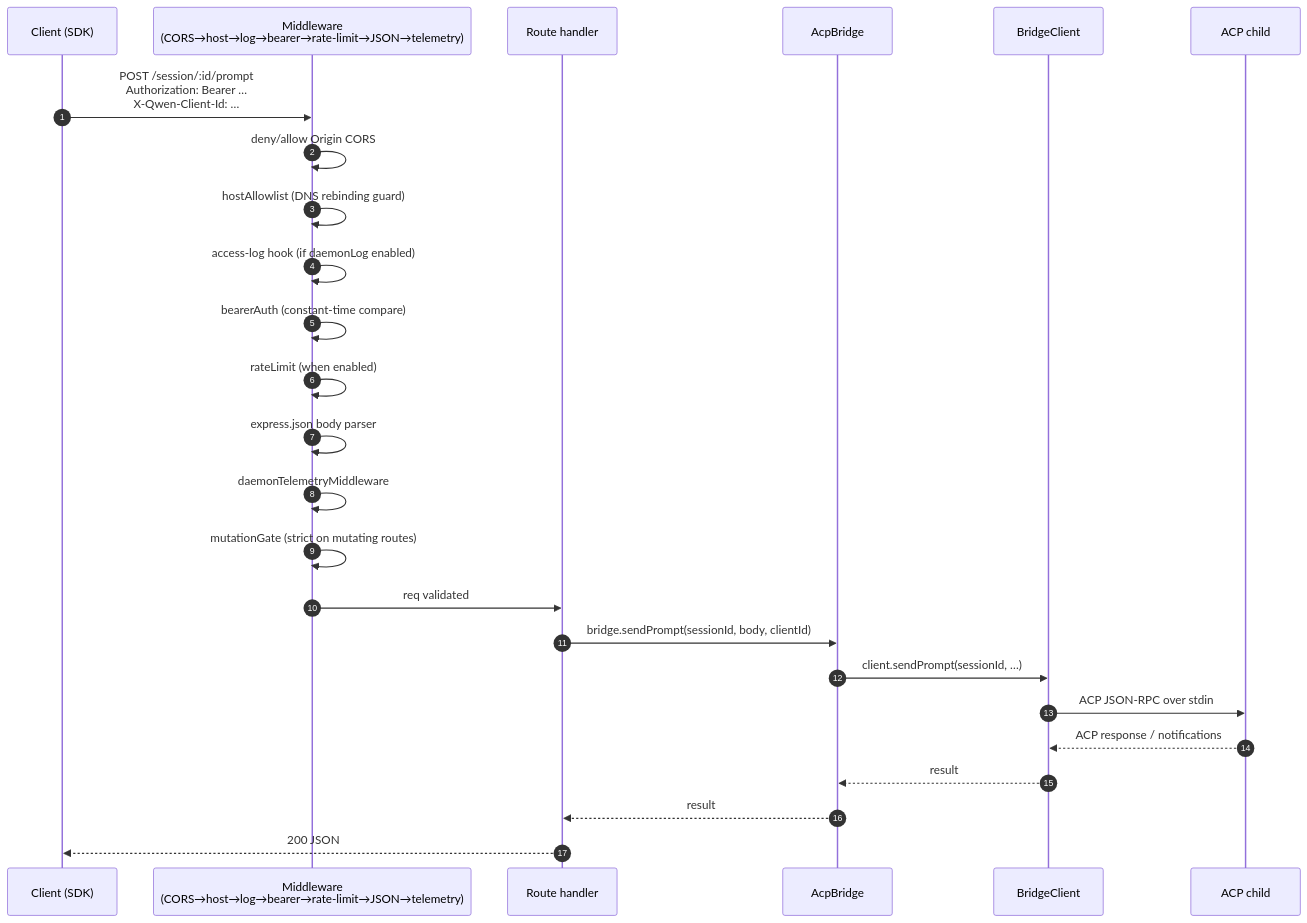
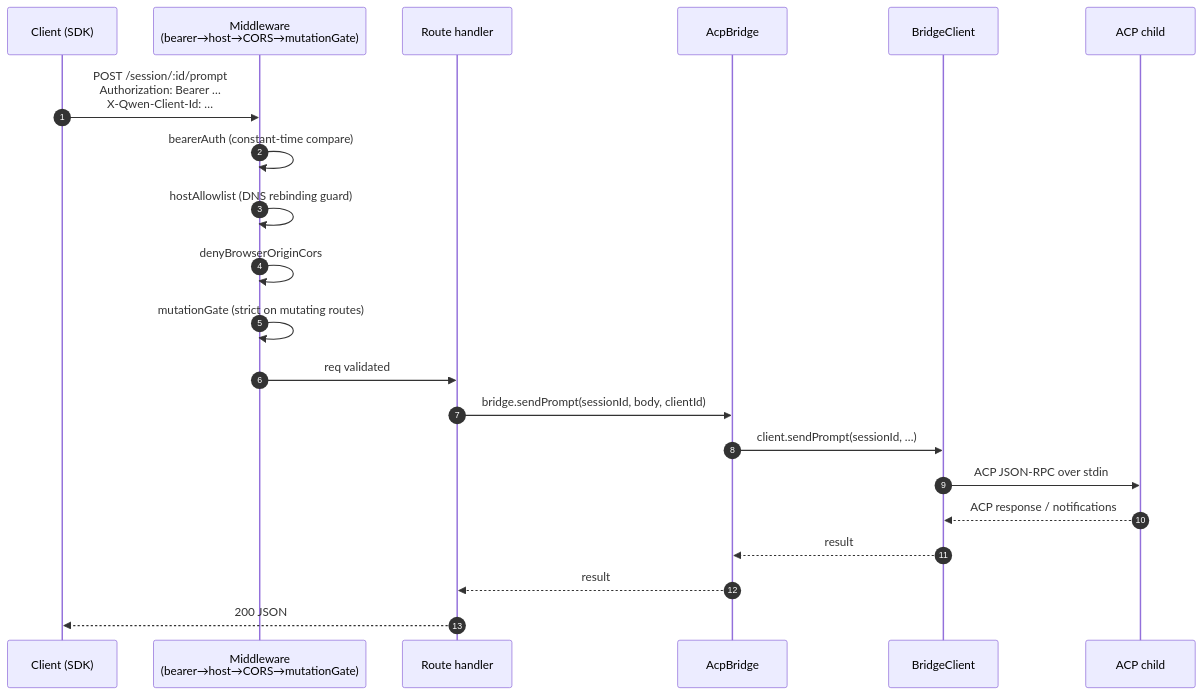
Before and after one commit to QwenLM/qwen-code: the third of 7 diagrams in docs/developers/daemon/01-architecture.md, drawn with Mermaid. The commit also changed other lines of this file and 23 other files, not shown here.

````diff
--- a/docs/developers/daemon/01-architecture.md
+++ b/docs/developers/daemon/01-architecture.md
@@ -153,28 +139,24 @@
 ```mermaid
 sequenceDiagram
     autonumber
     participant C as Client (SDK)
-    participant MW as Middleware<br/>(CORS→host→log→bearer→rate-limit→JSON→telemetry)
+    participant MW as Middleware<br/>(bearer→host→CORS→mutationGate)
     participant R as Route handler
     participant BR as AcpBridge
     participant BC as BridgeClient
     participant CH as ACP child
 
     C->>MW: POST /session/:id/prompt<br/>Authorization: Bearer …<br/>X-Qwen-Client-Id: …
-    MW->>MW: deny/allow Origin CORS
+    MW->>MW: bearerAuth (constant-time compare)
     MW->>MW: hostAllowlist (DNS rebinding guard)
-    MW->>MW: access-log hook (if daemonLog enabled)
-    MW->>MW: bearerAuth (constant-time compare)
-    MW->>MW: rateLimit (when enabled)
-    MW->>MW: express.json body parser
-    MW->>MW: daemonTelemetryMiddleware
+    MW->>MW: denyBrowserOriginCors
     MW->>MW: mutationGate (strict on mutating routes)
     MW->>R: req validated
     R->>BR: bridge.sendPrompt(sessionId, body, clientId)
     BR->>BC: client.sendPrompt(sessionId, …)
     BC->>CH: ACP JSON-RPC over stdin
     CH-->>BC: ACP response / notifications
     BC-->>BR: result
     BR-->>R: result
     R-->>C: 200 JSON
 ```
````
